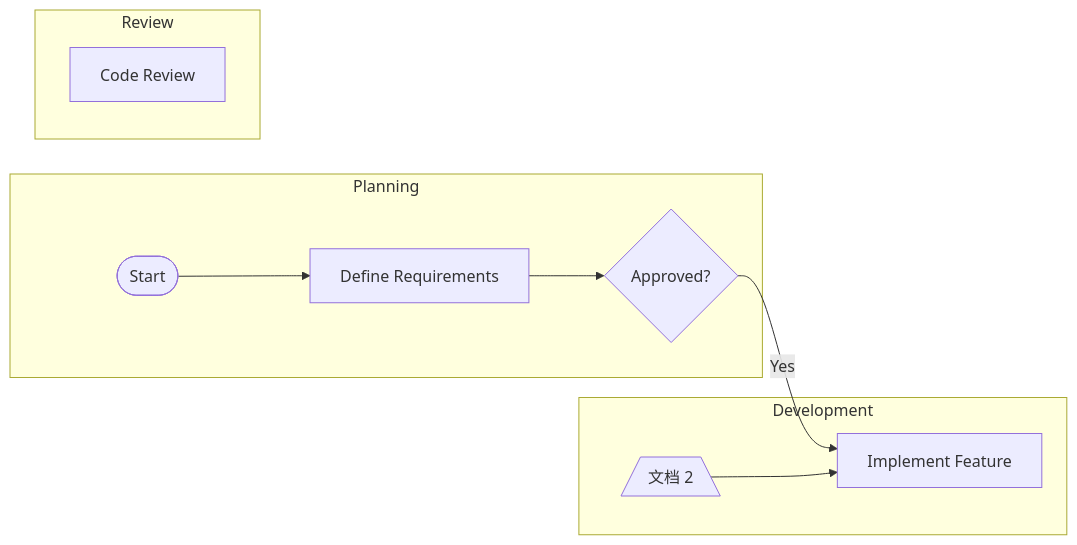
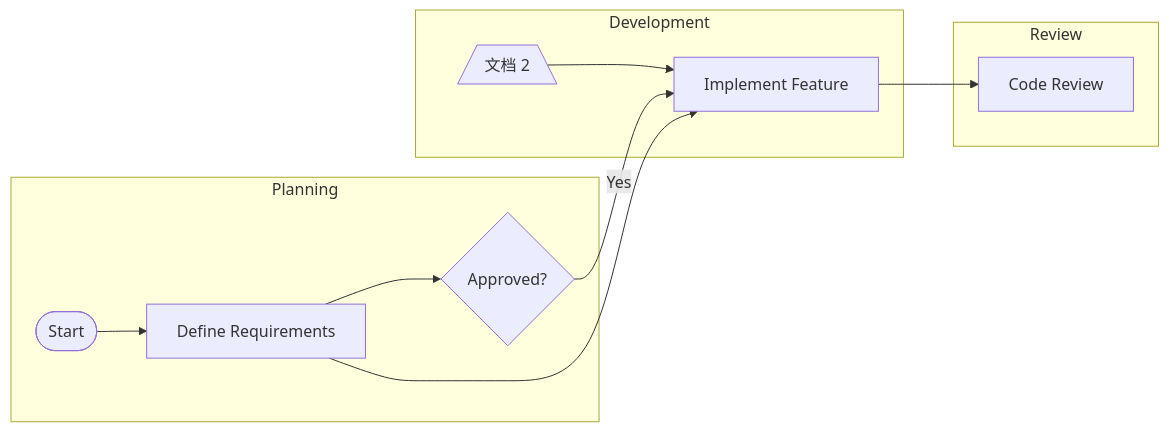
The diagram in mmd/123_db1c1734-f502-4c75-9e0f-54d0fdacbbeb.mmd (pingpm/mermaid_vault), drawn with Mermaid before and after one commit. The commit also changed 2 other files, not shown here.

Commit message:
Sync Mermaid Studio data (9 diagrams)

```diff
--- a/mmd/123_db1c1734-f502-4c75-9e0f-54d0fdacbbeb.mmd
+++ b/mmd/123_db1c1734-f502-4c75-9e0f-54d0fdacbbeb.mmd
@@ -1,17 +1,19 @@
 graph LR
   subgraph lane_lane_1["Planning"]
     t_task_3{"Approved?"}
     t_task_1(["Start"])
     t_task_2["Define Requirements"]
   end
   subgraph lane_lane_2["Development"]
     t_bcb52ef5_1ab2_466e_a13e_b9249e2c2349[/"文档 2"\]
     t_task_4["Implement Feature"]
   end
   subgraph lane_lane_3["Review"]
     t_task_5["Code Review"]
   end
   t_task_1 --> t_task_2
   t_task_2 --> t_task_3
   t_task_3 -->|"Yes"| t_task_4
   t_bcb52ef5_1ab2_466e_a13e_b9249e2c2349 --> t_task_4
+  t_task_4 --> t_task_5
+  t_task_2 --> t_task_4
```
